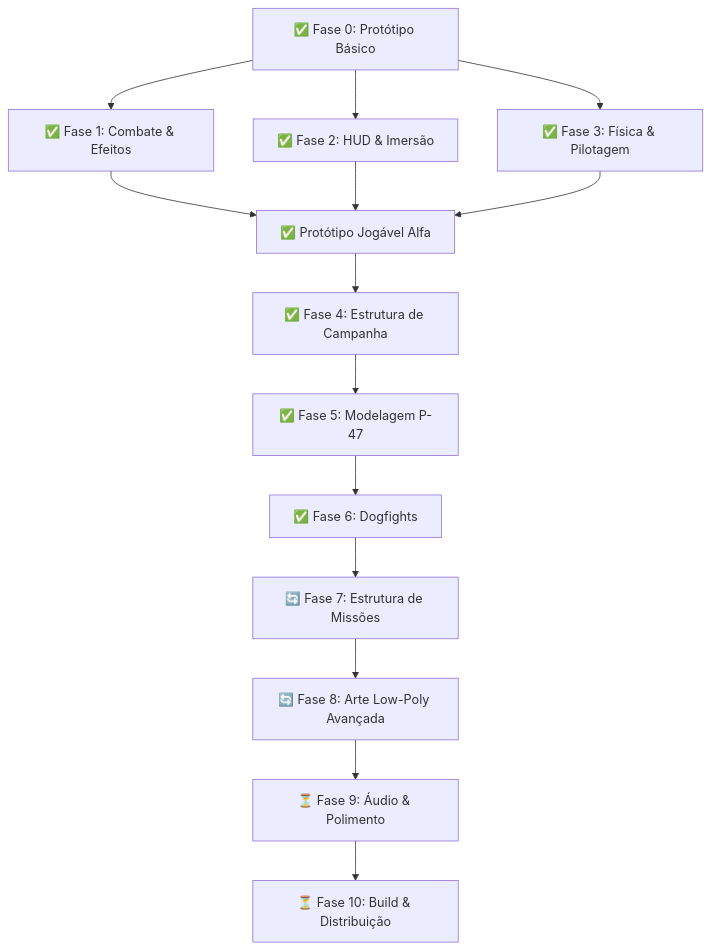
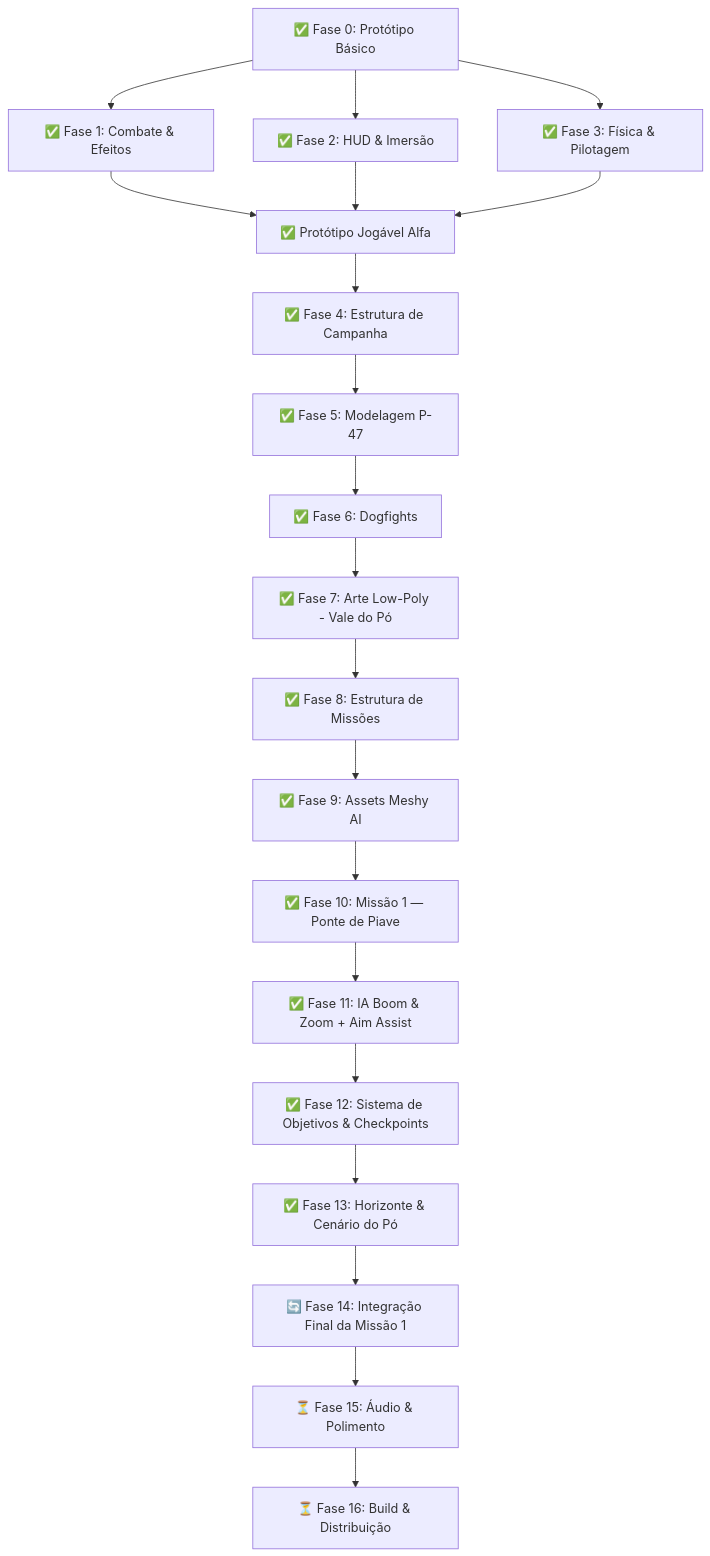
The diagram in PLANO_DE_DESENVOLVIMENTO.md (JonRoosevelt/senta-a-pua), drawn with Mermaid before and after one commit. The commit also changed other lines of this file and 1 other file, not shown here.

````diff
--- a/PLANO_DE_DESENVOLVIMENTO.md
+++ b/PLANO_DE_DESENVOLVIMENTO.md
@@ -5,16 +5,22 @@
 ```mermaid
 graph TD
     A["✅ Fase 0: Protótipo Básico"] --> B["✅ Fase 1: Combate & Efeitos"]
     A --> C["✅ Fase 2: HUD & Imersão"]
     A --> D["✅ Fase 3: Física & Pilotagem"]
     B --> E["✅ Protótipo Jogável Alfa"]
     C --> E
     D --> E
     E --> F["✅ Fase 4: Estrutura de Campanha"]
     F --> G["✅ Fase 5: Modelagem P-47"]
     G --> H["✅ Fase 6: Dogfights"]
-    H --> I["🔄 Fase 7: Estrutura de Missões"]
-    I --> J["🔄 Fase 8: Arte Low-Poly Avançada"]
-    J --> K["⏳ Fase 9: Áudio & Polimento"]
-    K --> L["⏳ Fase 10: Build & Distribuição"]
+    H --> I["✅ Fase 7: Arte Low-Poly - Vale do Pó"]
+    I --> J["✅ Fase 8: Estrutura de Missões"]
+    J --> K["✅ Fase 9: Assets Meshy AI"]
+    K --> L["✅ Fase 10: Missão 1 — Ponte de Piave"]
+    L --> M["✅ Fase 11: IA Boom & Zoom + Aim Assist"]
+    M --> N["✅ Fase 12: Sistema de Objetivos & Checkpoints"]
+    N --> O["✅ Fase 13: Horizonte & Cenário do Pó"]
+    O --> P["🔄 Fase 14: Integração Final da Missão 1"]
+    P --> Q["⏳ Fase 15: Áudio & Polimento"]
+    Q --> R["⏳ Fase 16: Build & Distribuição"]
 ```
````
